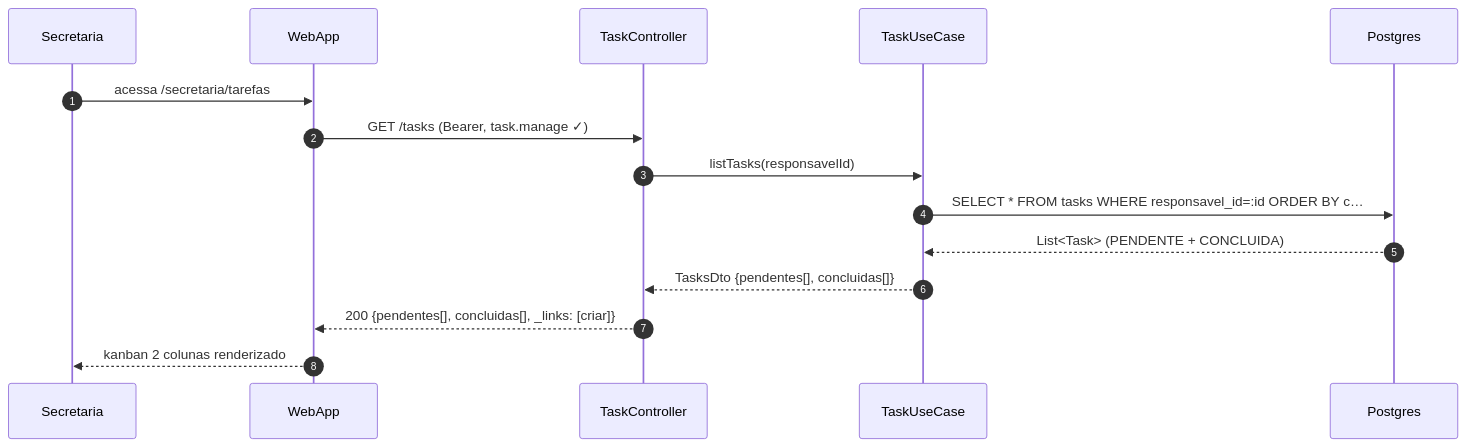
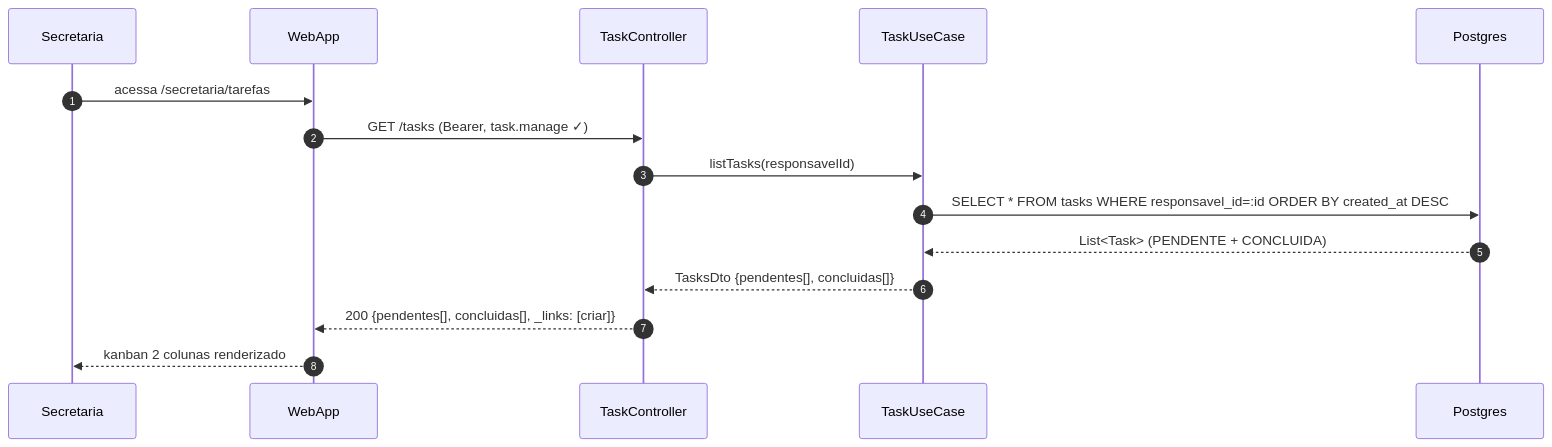
One commit to umishell/secretariaOnline2 changed the first of 8 diagrams in foundationDocs/sequenceDiagrams/F5 — Secretaria/US-F5-012-TAREFAS.md. Above: the diagram before and after it, drawn with Mermaid. The commit also changed other lines of this file and 70 other files, not shown here.

First line of the commit message:
Enhance database documentation and introduce new schema files

````diff
--- a/foundationDocs/sequenceDiagrams/F5 — Secretaria/US-F5-012-TAREFAS.md
+++ b/foundationDocs/sequenceDiagrams/F5 — Secretaria/US-F5-012-TAREFAS.md
@@ -55,18 +55,18 @@
 ```mermaid
 sequenceDiagram
     autonumber
     participant Secretaria
     participant WebApp
     participant TaskController
     participant TaskUseCase
     participant Postgres
 
     Secretaria->>WebApp: acessa /secretaria/tarefas
     WebApp->>TaskController: GET /tasks (Bearer, task.manage ✓)
     TaskController->>TaskUseCase: listTasks(responsavelId)
-    TaskUseCase->>Postgres: SELECT * FROM tasks WHERE responsavel_id=:id ORDER BY c…
+    TaskUseCase->>Postgres: SELECT * FROM tasks WHERE responsavel_id=:id ORDER BY created_at DESC
     Postgres-->>TaskUseCase: List<Task> (PENDENTE + CONCLUIDA)
     TaskUseCase-->>TaskController: TasksDto {pendentes[], concluidas[]}
     TaskController-->>WebApp: 200 {pendentes[], concluidas[], _links: [criar]}
     WebApp-->>Secretaria: kanban 2 colunas renderizado
 ```
````
